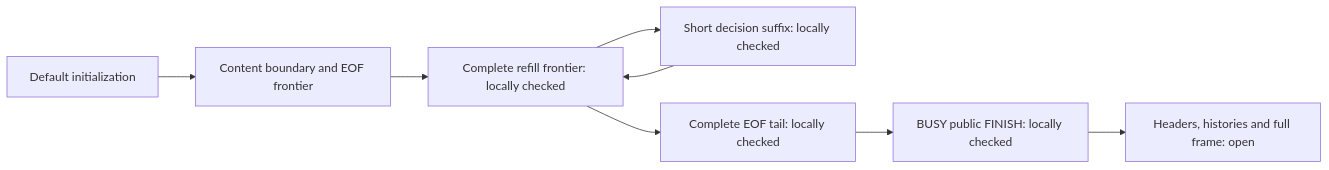
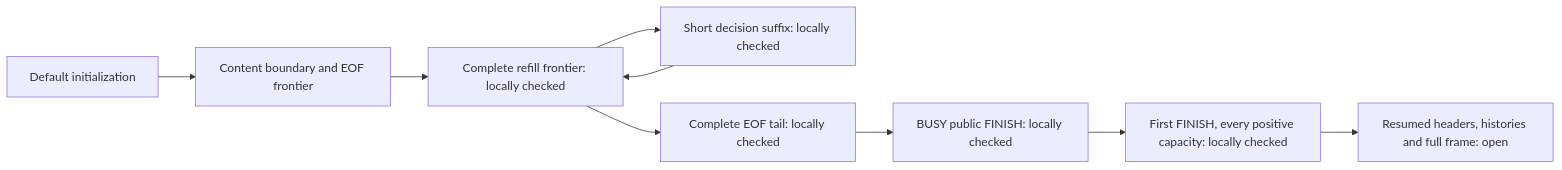
The fourth of 4 diagrams in docs/overview.md (cla7aye15I4nd/zlib-f), drawn with Mermaid before and after one commit. The commit also changed other lines of this file and 14 other files, not shown here.

Commit message:
Prove first default FINISH calls at every positive output capacity

````diff
--- a/docs/overview.md
+++ b/docs/overview.md
@@ -1633,10 +1663,11 @@
 ```mermaid
 flowchart LR
   Init["Default initialization"] --> Entry["Content boundary and EOF frontier"]
   Entry --> Refill["Complete refill frontier: locally checked"]
   Refill --> Decide["Short decision suffix: locally checked"]
   Decide --> Refill
   Refill --> Tail["Complete EOF tail: locally checked"]
   Tail --> Public["BUSY public FINISH: locally checked"]
-  Public --> History["Headers, histories and full frame: open"]
+  Public --> First["First FINISH, every positive capacity: locally checked"]
+  First --> History["Resumed headers, histories and full frame: open"]
 ```
````
